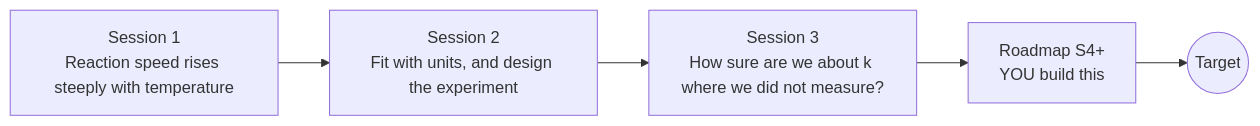
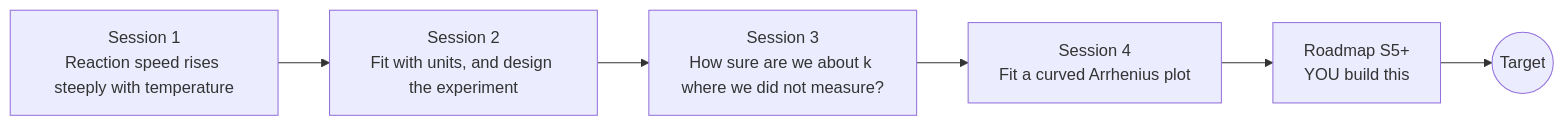
Before and after one commit to KrunalPanchal1995/openarrhenius: the diagram in README.md, drawn with Mermaid. The commit also changed other lines of this file and 16 other files, not shown here.

First line of the commit message:
Add Session 4: fit a curved Arrhenius plot

````diff
--- a/README.md
+++ b/README.md
@@ -83,9 +84,10 @@
 ```mermaid
 flowchart LR
   S1[Session 1<br/>Reaction speed rises steeply with temperature]
   S2[Session 2<br/>Fit with units, and design the experiment]
   S3[Session 3<br/>How sure are we about k where we did not measure?]
-  R[Roadmap S4+<br/>YOU build this]
+  S4[Session 4<br/>Fit a curved Arrhenius plot]
+  R[Roadmap S5+<br/>YOU build this]
   T((Target))
-  S1 --> S2 --> S3 --> R --> T
+  S1 --> S2 --> S3 --> S4 --> R --> T
 ```
````
